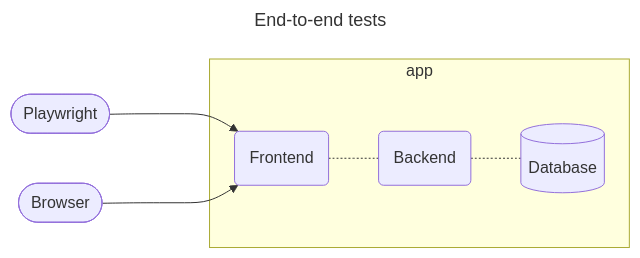
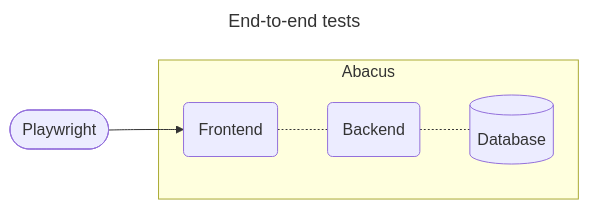
Before and after one commit to kiesraad/abacus: the fifth of 5 diagrams in documentatie/ontwikkelproces/test-tooling.md, drawn with Mermaid. The commit also changed other lines of this file, not shown here.

Commit message:
document vision on msw, ladle, vitest, playwright (#917)

````diff
--- a/documentatie/ontwikkelproces/test-tooling.md
+++ b/documentatie/ontwikkelproces/test-tooling.md
@@ -130,20 +121,18 @@
 ```mermaid
 ---
 title: End-to-end tests
 ---
 flowchart LR
     fe(Frontend)
     be(Backend)
     db[(Database)]
 
     playwright([Playwright])
-    browser([Browser])
 
-    playwright ---> fe
-    browser ---> fe
+    playwright --> fe
 
-    subgraph app
+    subgraph Abacus
         fe -.- be
         be -.- db
     end
 ```
````
